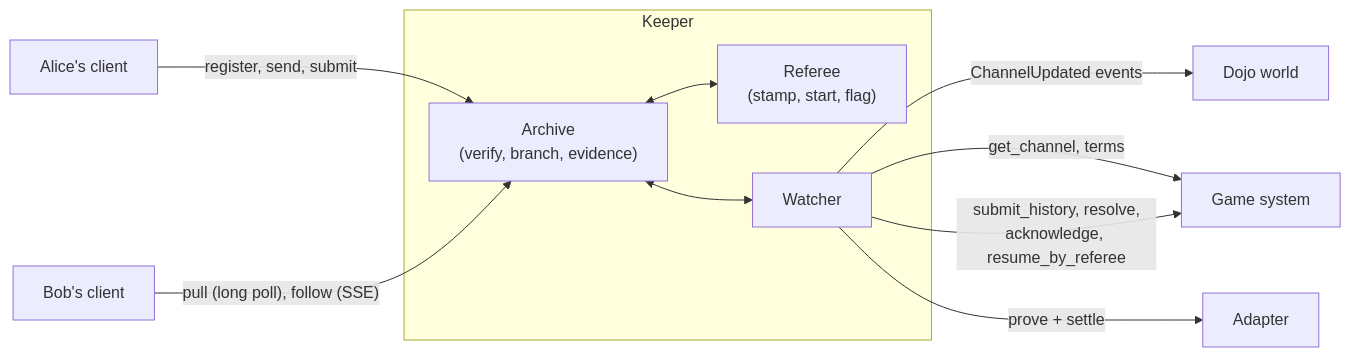
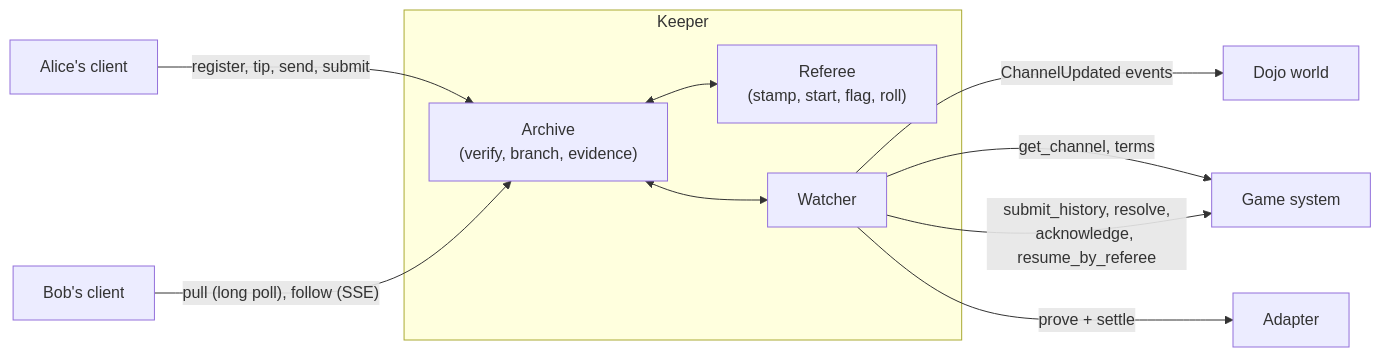
Before and after one commit to broody/arbiter: the diagram in docs/src/pages/infra/keeper.mdx, drawn with Mermaid. The commit also changed other lines of this file and 24 other files, not shown here.

````diff
--- a/docs/src/pages/infra/keeper.mdx
+++ b/docs/src/pages/infra/keeper.mdx
@@ -13,16 +13,16 @@
 ```mermaid
 flowchart LR
-  A["Alice's client"] -- "register, send, submit" --> AR
+  A["Alice's client"] -- "register, tip, send, submit" --> AR
   B["Bob's client"] -- "pull (long poll), follow (SSE)" --> AR
   subgraph Keeper
     AR["Archive<br/>(verify, branch, evidence)"]
-    RF["Referee<br/>(stamp, start, flag)"]
+    RF["Referee<br/>(stamp, start, flag, roll)"]
     W["Watcher"]
     AR <--> RF
     AR <--> W
   end
   W -- "ChannelUpdated events" --> WD["Dojo world"]
   W -- "get_channel, terms" --> C["Game system"]
   W -- "submit_history, resolve,<br/>acknowledge, resume_by_referee" --> C
   W -- "prove + settle" --> P["Adapter"]
 ```
````
